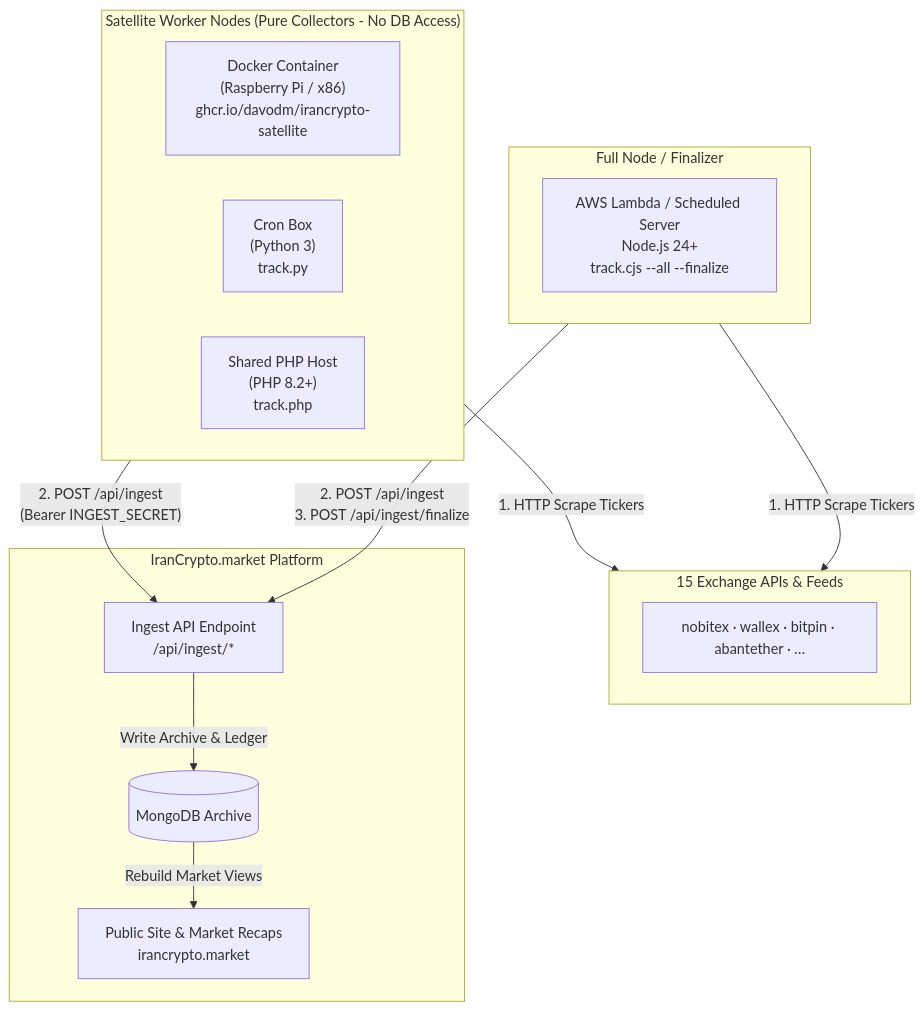
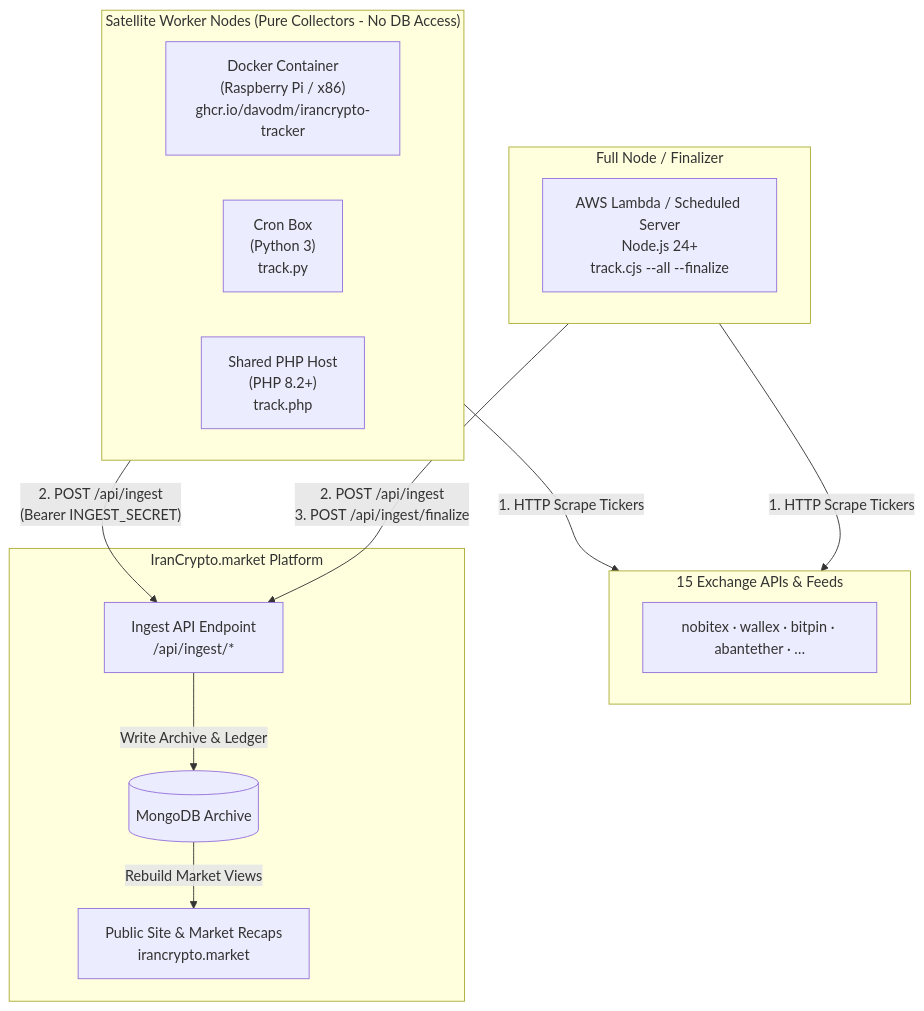
The first of 2 diagrams in README.md (davodm/irancrypto-tracker), drawn with Mermaid before and after one commit. The commit also changed other lines of this file and 13 other files, not shown here.

````diff
--- a/README.md
+++ b/README.md
@@ -54,32 +54,32 @@
 ```mermaid
 flowchart TB
   subgraph satellites["Satellite Worker Nodes (Pure Collectors - No DB Access)"]
     direction LR
-    S1["Docker Container<br/>(Raspberry Pi / x86)<br/>ghcr.io/davodm/irancrypto-satellite"]
+    S1["Docker Container<br/>(Raspberry Pi / x86)<br/>ghcr.io/davodm/irancrypto-tracker"]
     S2["Cron Box<br/>(Python 3)<br/>track.py"]
     S3["Shared PHP Host<br/>(PHP 8.2+)<br/>track.php"]
   end
 
   subgraph finalizer["Full Node / Finalizer"]
     F1["AWS Lambda / Scheduled Server<br/>Node.js 24+<br/>track.cjs --all --finalize"]
   end
 
   subgraph exchanges["15 Exchange APIs & Feeds"]
     E["nobitex · wallex · bitpin · abantether · …"]
   end
 
   subgraph platform["IranCrypto.market Platform"]
     API["Ingest API Endpoint<br/>/api/ingest/*"]
     DB[(MongoDB Archive)]
     SITE["Public Site & Market Recaps<br/>irancrypto.market"]
   end
 
   satellites -->|"1. HTTP Scrape Tickers"| exchanges
   finalizer -->|"1. HTTP Scrape Tickers"| exchanges
 
   satellites -->|"2. POST /api/ingest<br/>(Bearer INGEST_SECRET)"| API
   finalizer -->|"2. POST /api/ingest<br/>3. POST /api/ingest/finalize"| API
 
   API -->|"Write Archive & Ledger"| DB
   DB -->|"Rebuild Market Views"| SITE
 ```
````
